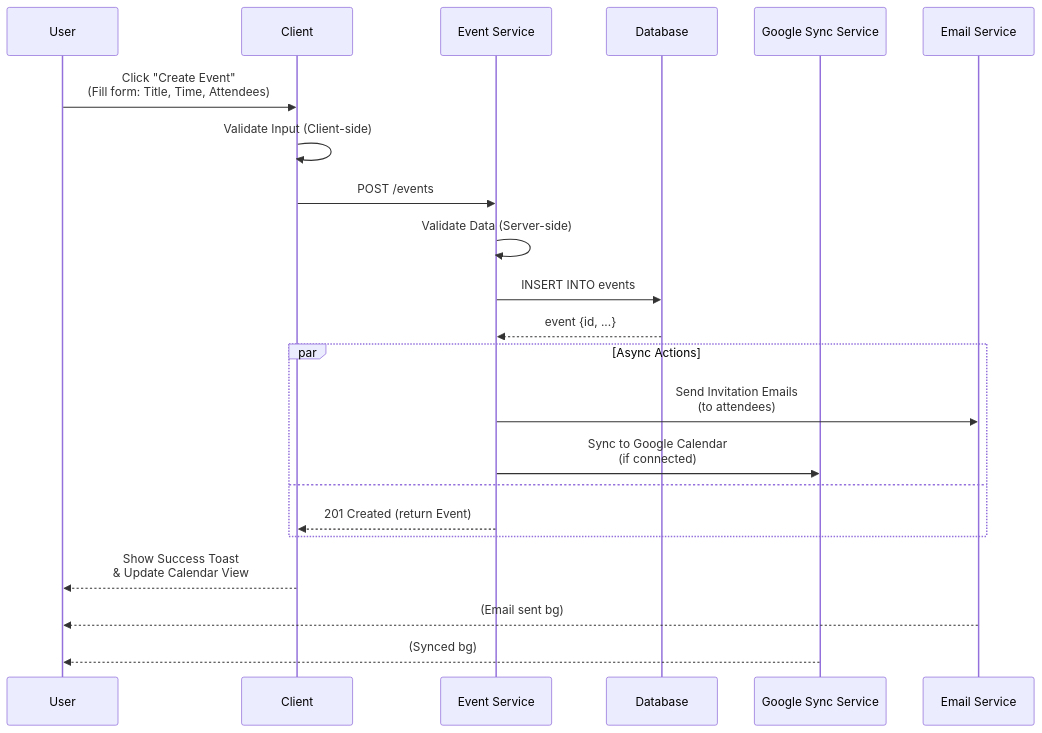
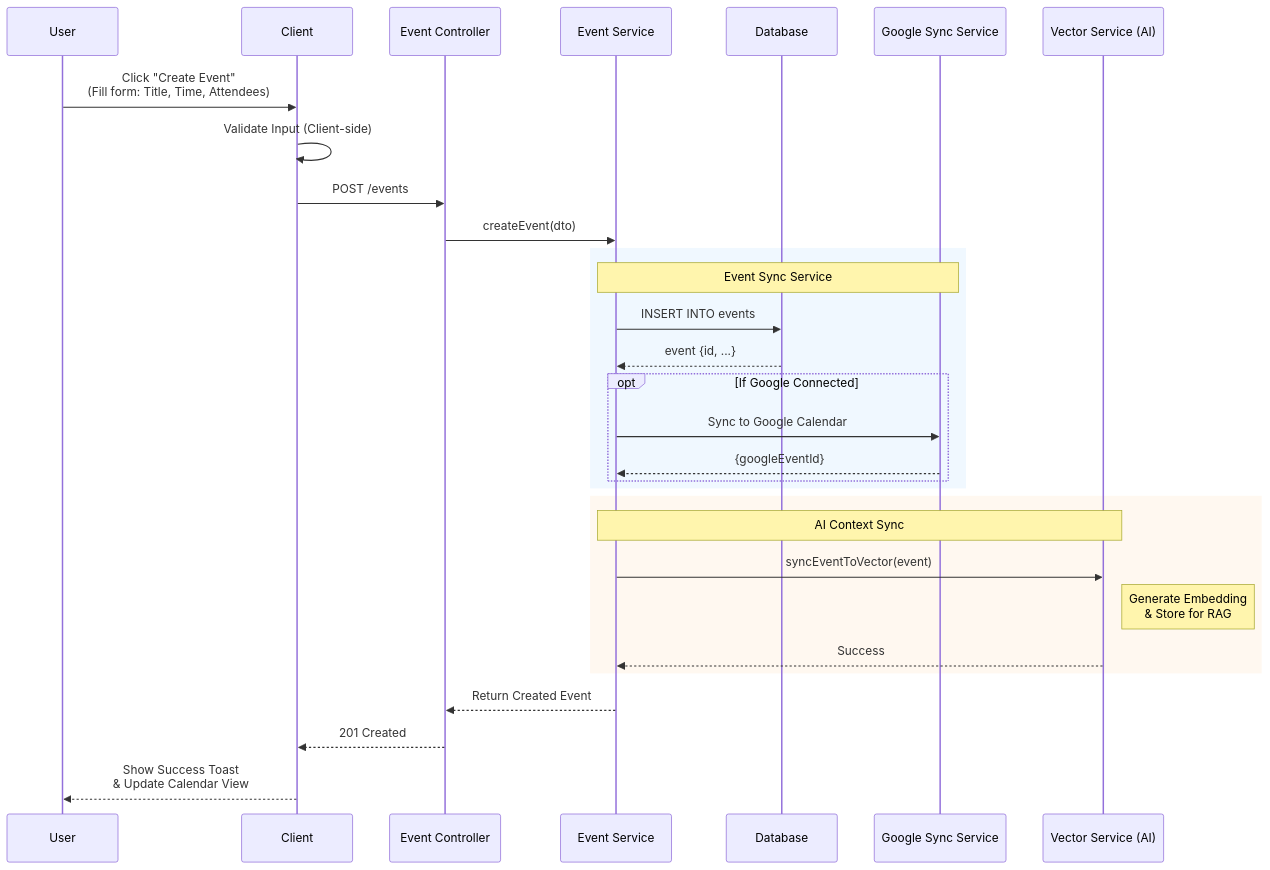
Diagram 19 of 22 in reports/SE347_Báo Cáo_Nhóm 2.docx.md (TDevUIT/Calento), drawn with Mermaid before and after one commit. The commit also changed other lines of this file, not shown here.

Commit message:
feat(report): refine event creation flow with AI sync and add booking process diagram

````diff
--- a/reports/SE347_Báo Cáo_Nhóm 2.docx.md
+++ b/reports/SE347_Báo Cáo_Nhóm 2.docx.md
@@ -1842,29 +1800,40 @@
 ```mermaid
 sequenceDiagram
     participant U as User
     participant C as Client
-    participant S as Event Service
+    participant S as Event Controller
+    participant ES as Event Service
     participant DB as Database
     participant G as Google Sync Service
-    participant E as Email Service
+    participant V as Vector Service (AI)
 
     U->>C: Click "Create Event"<br/>(Fill form: Title, Time, Attendees)
     C->>C: Validate Input (Client-side)
     C->>S: POST /events
     
-    S->>S: Validate Data (Server-side)
-    S->>DB: INSERT INTO events
-    DB-->>S: event {id, ...}
+    S->>ES: createEvent(dto)
     
-    par Async Actions
-        S->>E: Send Invitation Emails<br/>(to attendees)
-        S->>G: Sync to Google Calendar<br/>(if connected)
-    and
-        S-->>C: 201 Created (return Event)
+    %% Step 1: Core Creation & Google Sync
+    rect rgb(240, 248, 255)
+        Note over ES, G: Event Sync Service
+        ES->>DB: INSERT INTO events
+        DB-->>ES: event {id, ...}
+        
+        opt If Google Connected
+            ES->>G: Sync to Google Calendar
+            G-->>ES: {googleEventId}
+        end
+    end
+
+    %% Step 2: AI Embedding Sync
+    rect rgb(255, 248, 240)
+        Note over ES, V: AI Context Sync
+        ES->>V: syncEventToVector(event)
+        Note right of V: Generate Embedding<br/>& Store for RAG
+        V-->>ES: Success
     end
     
+    ES-->>S: Return Created Event
+    S-->>C: 201 Created
     C-->>U: Show Success Toast<br/>& Update Calendar View
-    
-    E-->>U: (Email sent bg)
-    G-->>U: (Synced bg)
 ```
````
